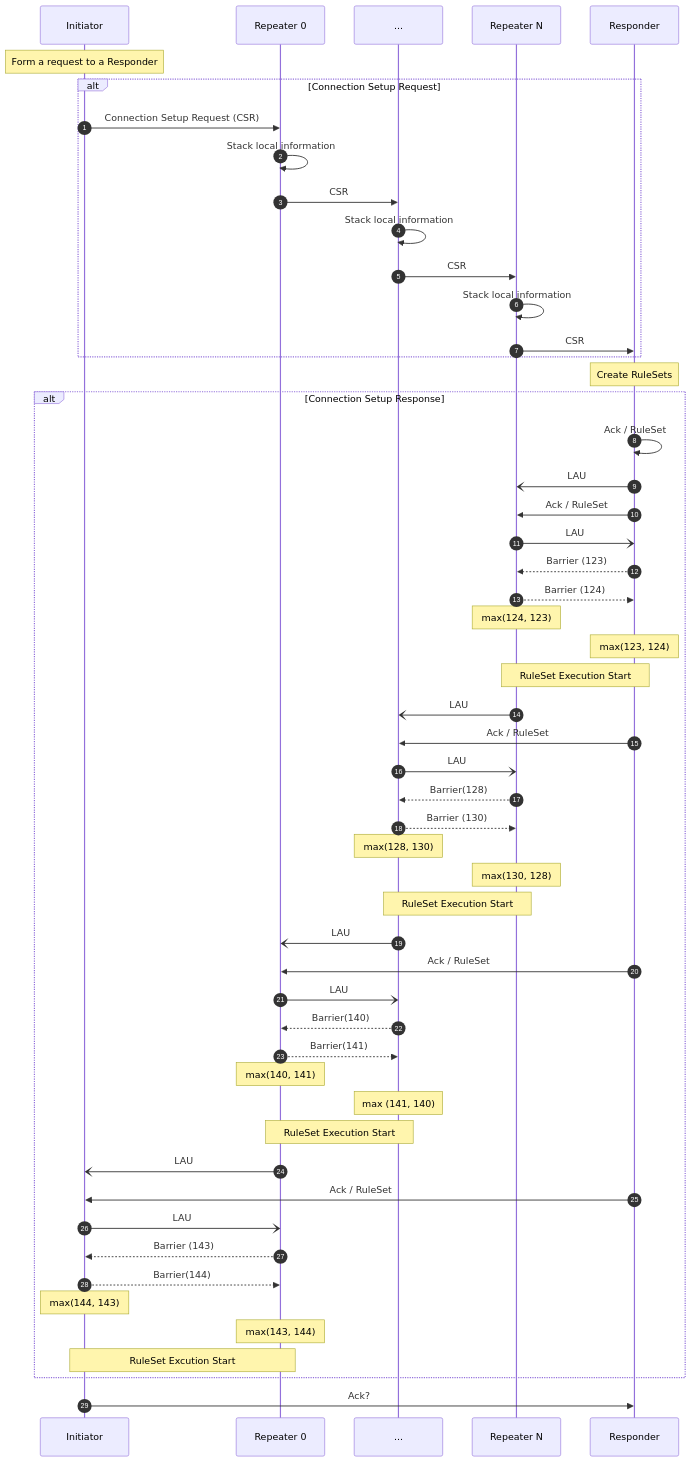
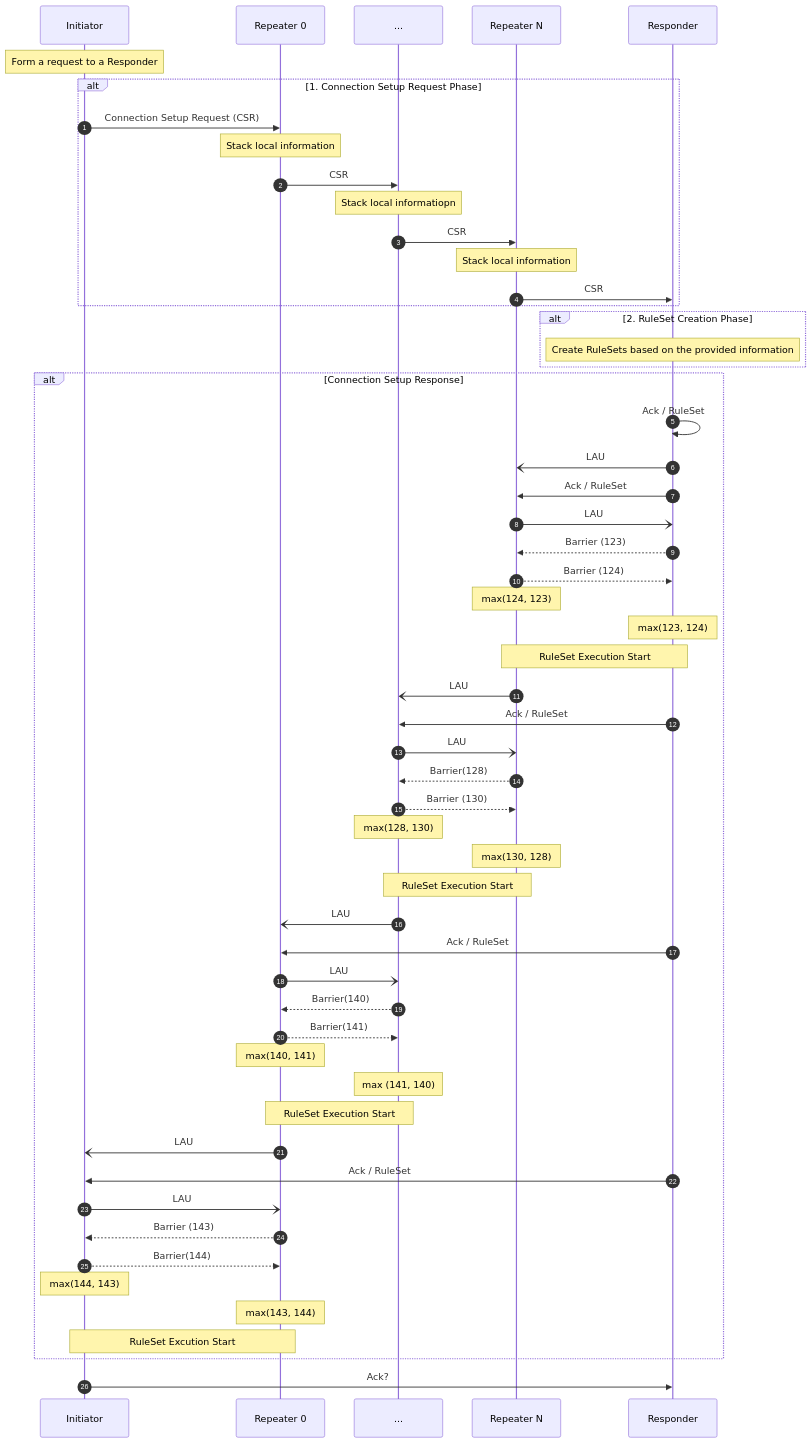
The first of 3 diagrams in 2.1.1.ConnectionSetup.md (sfc-aqua/RuleSetSpec), drawn with Mermaid before and after one commit. The commit also changed other lines of this file and 1 other file, not shown here.

Commit message:
restructured and added diagrams

````diff
--- a/2.1.1.ConnectionSetup.md
+++ b/2.1.1.ConnectionSetup.md
@@ -52,74 +101,76 @@
 ```mermaid
 sequenceDiagram
     autonumber
     participant Initiator
     participant Repeater 0
     participant ...
     Participant Repeater N
     participant Responder
 
 
 
     Note over Initiator: Form a request to a Responder
 
-    alt Connection Setup Request
+    alt 1. Connection Setup Request Phase
         Initiator ->> Repeater 0: Connection Setup Request (CSR)
-        Repeater 0 ->> Repeater 0: Stack local information
+        Note over Repeater 0: Stack local information
         Repeater 0 ->> ... : CSR
-        ... ->> ...: Stack local information
+        Note over ...: Stack local informatiopn
         ... ->> Repeater N: CSR
-        Repeater N ->> Repeater N: Stack local information
+        Note over Repeater N: Stack local information
         Repeater N ->> Responder: CSR
     end
 
-    Note over Responder: Create RuleSets
+    alt 2. RuleSet Creation Phase
+        Note over Responder: Create RuleSets based on the provided information
+    end
 
     alt Connection Setup Response
         # Responder to Repeater N
         Responder ->> Responder: Ack / RuleSet
         Responder -) Repeater N: LAU
         Responder ->> Repeater N: Ack / RuleSet
         Repeater N -) Responder: LAU
         
         # Repeater N and Responder
         Responder -->> Repeater N: Barrier (123)
         Repeater N -->> Responder: Barrier (124)
         Note over Repeater N: max(124, 123)
         Note over Responder: max(123, 124)
         Note over Repeater N, Responder: RuleSet Execution Start
 
         # Intermediate Repeaters (...) to Repeater N 
         Repeater N -) ... : LAU
         Responder ->> ...: Ack / RuleSet
         ... -) Repeater N : LAU
         Repeater N -->> ... : Barrier(128)
         ... -->> Repeater N: Barrier (130)
         Note over ... : max(128, 130)
         Note over Repeater N : max(130, 128)
         Note over ..., Repeater N: RuleSet Execution Start
 
 
         # Repeater 1 to Intermediate Repeaters
         ... -) Repeater 0: LAU        
         Responder ->> Repeater 0: Ack / RuleSet
         Repeater 0 -) ...: LAU
         ... -->> Repeater 0: Barrier(140)
         Repeater 0 -->> ...: Barrier(141)
         Note over Repeater 0: max(140, 141)
         Note over ... : max (141, 140)
         Note over Repeater 0, ...: RuleSet Execution Start
 
         # Initiator to Repeater 1
         Repeater 0 -) Initiator: LAU
         Responder ->> Initiator: Ack / RuleSet
         Initiator -) Repeater 0: LAU
         Repeater 0 -->> Initiator: Barrier (143)
         Initiator -->> Repeater 0: Barrier(144)
         Note over Initiator: max(144, 143)
         Note over Repeater 0: max(143, 144)
         Note over Initiator, Repeater 0: RuleSet Excution Start
 
     end
 
     Initiator ->> Responder: Ack?
 ```
````
